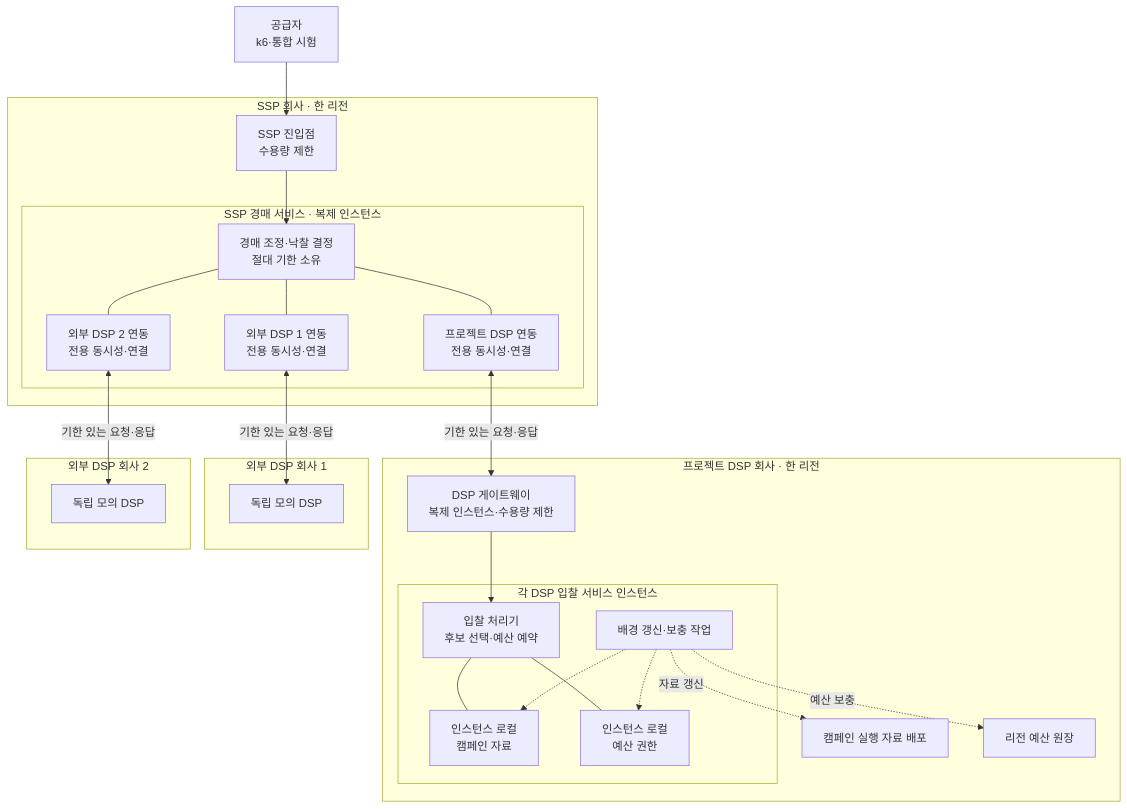
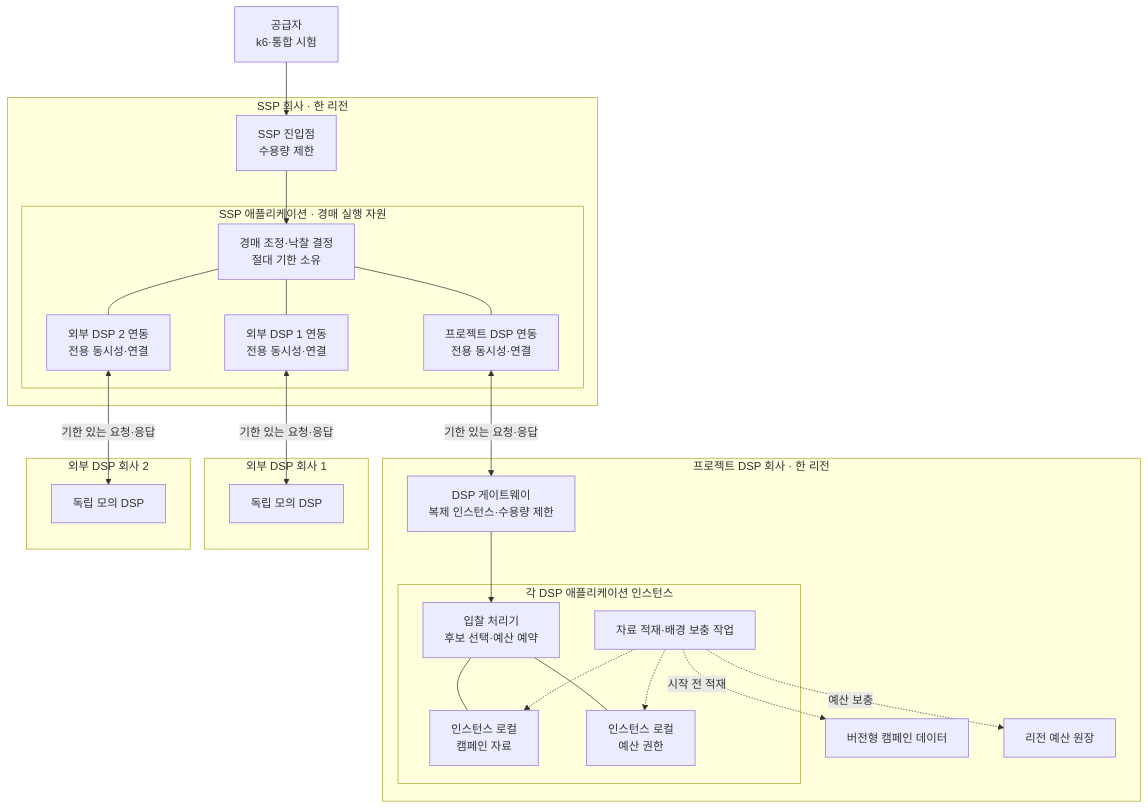
The diagram in docs/architecture/decisions/ADR-004-auction-execution-path.md (bbororo5/low-latency-openrtb-auction), drawn with Mermaid before and after one commit. The commit also changed other lines of this file and 1 other file, not shown here.

Commit message:
docs: refine regional pacing and campaign loading

````diff
--- a/docs/architecture/decisions/ADR-004-auction-execution-path.md
+++ b/docs/architecture/decisions/ADR-004-auction-execution-path.md
@@ -19,54 +19,54 @@
 ```mermaid
 flowchart TB
     S["공급자<br/>k6·통합 시험"]
 
     subgraph SSP["SSP 회사 · 한 리전"]
         ENTRY["SSP 진입점<br/>수용량 제한"]
 
-        subgraph AUCTION["SSP 경매 서비스 · 복제 인스턴스"]
+        subgraph AUCTION["SSP 애플리케이션 · 경매 실행 자원"]
             ORCH["경매 조정·낙찰 결정<br/>절대 기한 소유"]
             AP["프로젝트 DSP 연동<br/>전용 동시성·연결"]
             AE1["외부 DSP 1 연동<br/>전용 동시성·연결"]
             AE2["외부 DSP 2 연동<br/>전용 동시성·연결"]
             ORCH --- AP
             ORCH --- AE1
             ORCH --- AE2
         end
 
         ENTRY --> ORCH
     end
 
     subgraph PDSP["프로젝트 DSP 회사 · 한 리전"]
         GW["DSP 게이트웨이<br/>복제 인스턴스·수용량 제한"]
 
-        subgraph BID["각 DSP 입찰 서비스 인스턴스"]
+        subgraph BID["각 DSP 애플리케이션 인스턴스"]
             HOT["입찰 처리기<br/>후보 선택·예산 예약"]
             CS["인스턴스 로컬<br/>캠페인 자료"]
             BR["인스턴스 로컬<br/>예산 권한"]
-            BG["배경 갱신·보충 작업"]
+            BG["자료 적재·배경 보충 작업"]
             HOT --- CS
             HOT --- BR
             BG -.-> CS
             BG -.-> BR
         end
 
-        CAMPAIGN["캠페인 실행 자료 배포"]
+        CAMPAIGN["버전형 캠페인 데이터"]
         LEDGER["리전 예산 원장"]
         GW --> HOT
-        BG -. "자료 갱신" .-> CAMPAIGN
+        BG -. "시작 전 적재" .-> CAMPAIGN
         BG -. "예산 보충" .-> LEDGER
     end
 
     subgraph ED1["외부 DSP 회사 1"]
         D1["독립 모의 DSP"]
     end
 
     subgraph ED2["외부 DSP 회사 2"]
         D2["독립 모의 DSP"]
     end
 
     S --> ENTRY
     AP <-->|"기한 있는 요청·응답"| GW
     AE1 <-->|"기한 있는 요청·응답"| D1
     AE2 <-->|"기한 있는 요청·응답"| D2
 ```
````
